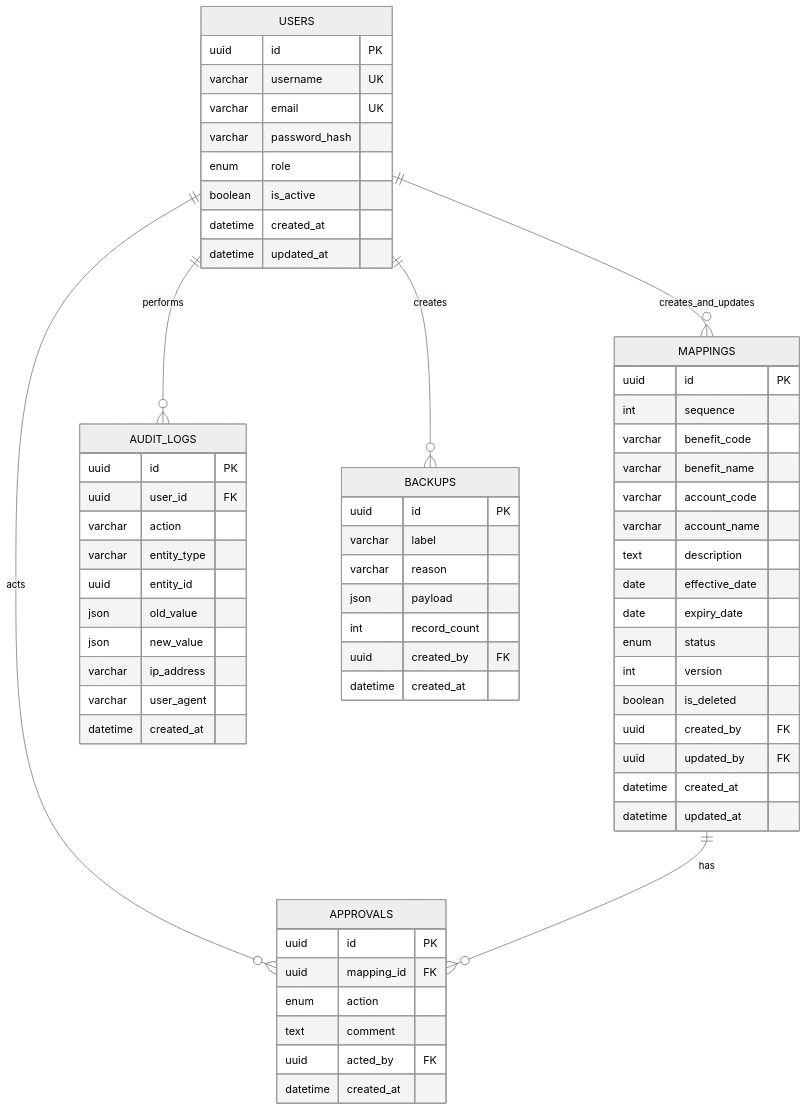
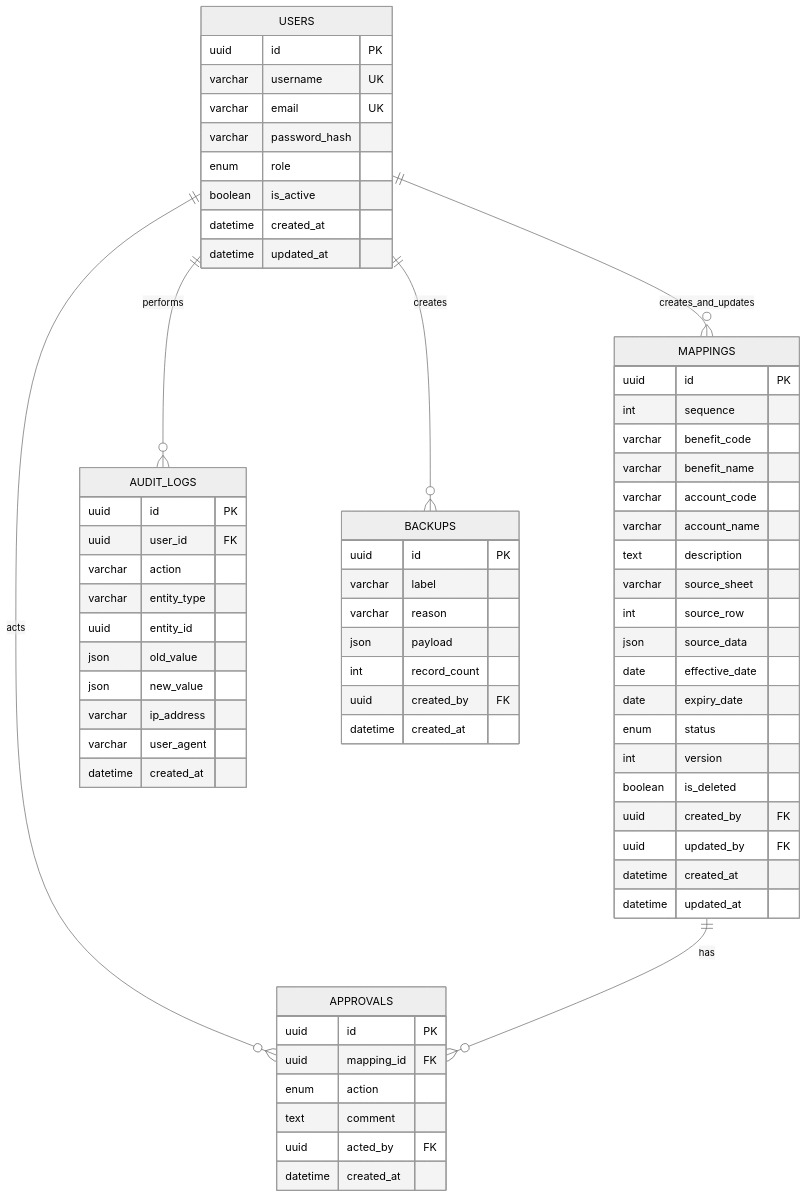
The diagram in ub-amms/docs/ER-DIAGRAM.md (suphotsudsee/rpst-data-warehouse), drawn with Mermaid (neutral theme) before and after one commit. The commit also changed other lines of this file and 14 other files, not shown here.

````diff
--- a/ub-amms/docs/ER-DIAGRAM.md
+++ b/ub-amms/docs/ER-DIAGRAM.md
@@ -3,66 +3,69 @@
 ```mermaid
 erDiagram
     USERS ||--o{ MAPPINGS : creates_and_updates
     USERS ||--o{ AUDIT_LOGS : performs
     USERS ||--o{ APPROVALS : acts
     USERS ||--o{ BACKUPS : creates
     MAPPINGS ||--o{ APPROVALS : has
 
     USERS {
         uuid id PK
         varchar username UK
         varchar email UK
         varchar password_hash
         enum role
         boolean is_active
         datetime created_at
         datetime updated_at
     }
     MAPPINGS {
         uuid id PK
         int sequence
         varchar benefit_code
         varchar benefit_name
         varchar account_code
         varchar account_name
         text description
+        varchar source_sheet
+        int source_row
+        json source_data
         date effective_date
         date expiry_date
         enum status
         int version
         boolean is_deleted
         uuid created_by FK
         uuid updated_by FK
         datetime created_at
         datetime updated_at
     }
     APPROVALS {
         uuid id PK
         uuid mapping_id FK
         enum action
         text comment
         uuid acted_by FK
         datetime created_at
     }
     AUDIT_LOGS {
         uuid id PK
         uuid user_id FK
         varchar action
         varchar entity_type
         uuid entity_id
         json old_value
         json new_value
         varchar ip_address
         varchar user_agent
         datetime created_at
     }
     BACKUPS {
         uuid id PK
         varchar label
         varchar reason
         json payload
         int record_count
         uuid created_by FK
         datetime created_at
     }
 ```
````
